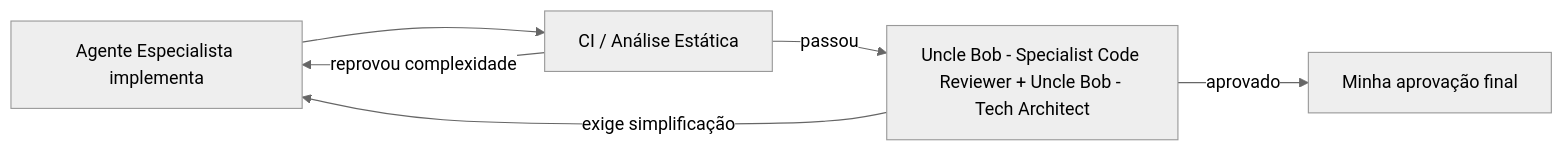
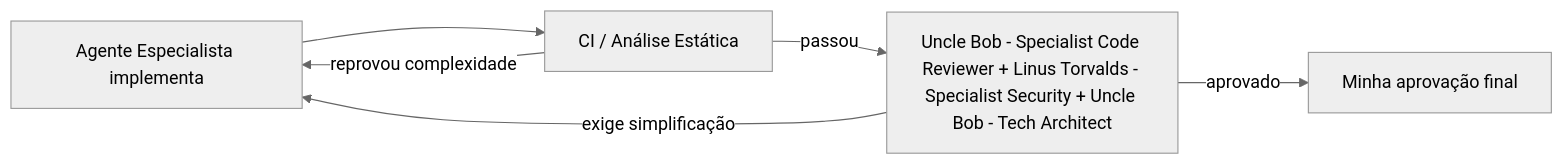
Before and after one commit to ebersonra/post-mortem: the diagram in _articles/complexidade-ciclomatica-agentes.md, drawn with Mermaid (neutral theme). The commit also changed other lines of this file, not shown here.

Commit message:
artigos: alinha nó REV no Mermaid e horário de publicação (PR #14)

````diff
--- a/_articles/complexidade-ciclomatica-agentes.md
+++ b/_articles/complexidade-ciclomatica-agentes.md
@@ -40,8 +40,8 @@
 ```mermaid
 flowchart LR
   DEV[Agente Especialista implementa] --> CI[CI / Análise Estática]
   CI -- reprovou complexidade --> DEV
-  CI -- passou --> REV[Uncle Bob - Specialist Code Reviewer + Uncle Bob - Tech Architect]
+  CI -- passou --> REV[Uncle Bob - Specialist Code Reviewer + Linus Torvalds - Specialist Security + Uncle Bob - Tech Architect]
   REV -- exige simplificação --> DEV
   REV -- aprovado --> ME[Minha aprovação final]
 ```
````
